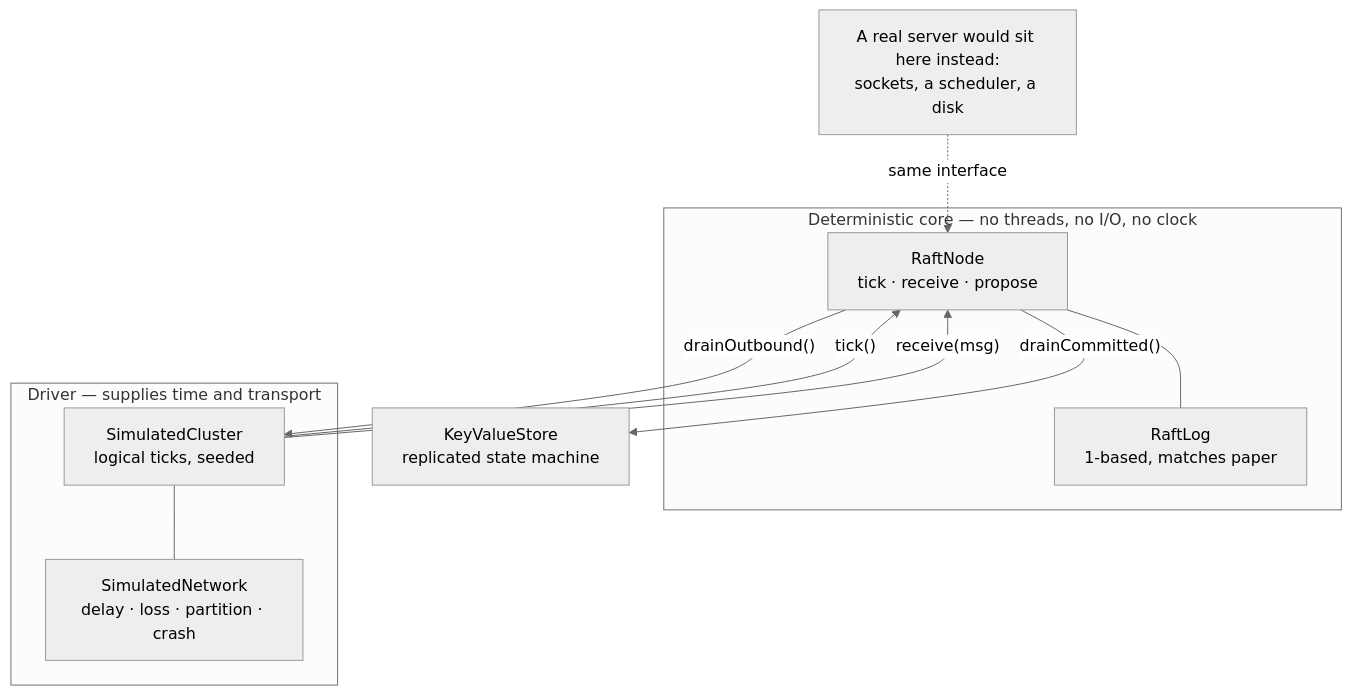
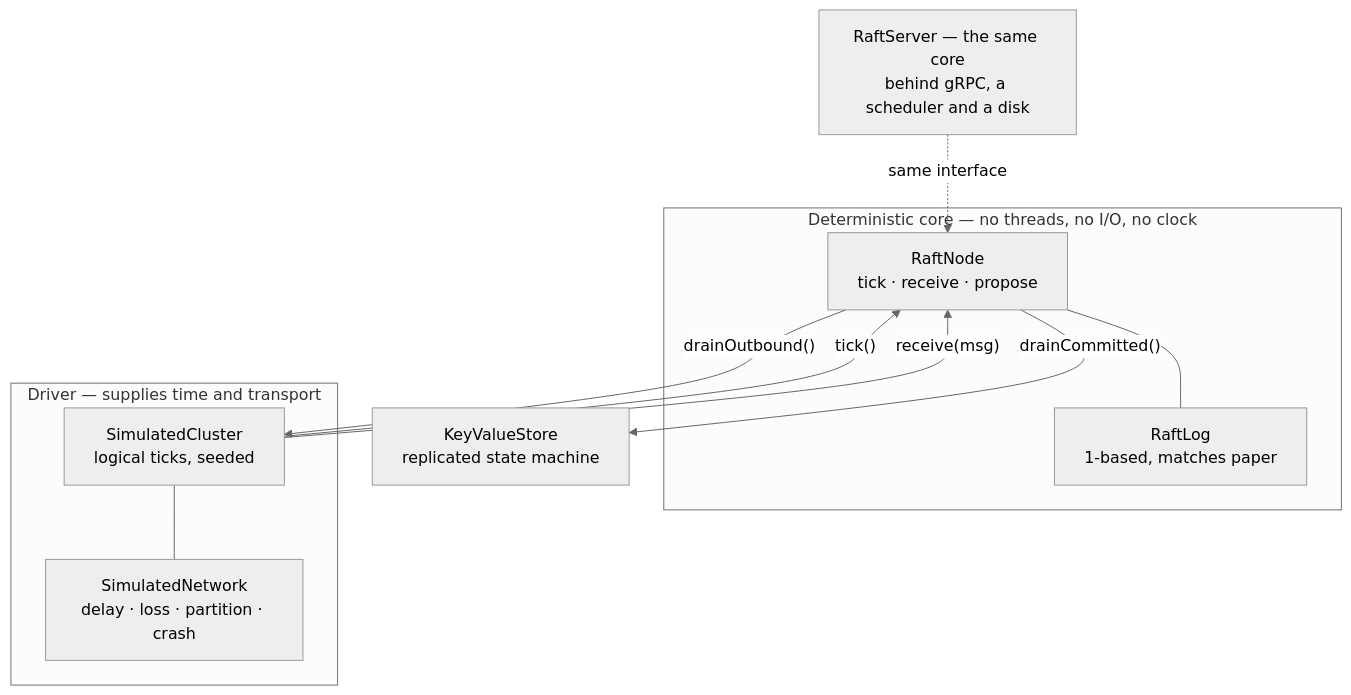
One commit to Ankitnehra6/raft-kv changed the first of 2 diagrams in README.md. Above: the diagram before and after it, drawn with Mermaid (neutral theme). The commit also changed other lines of this file and 9 other files, not shown here.

````diff
--- a/README.md
+++ b/README.md
@@ -78,21 +82,21 @@
 ```mermaid
 flowchart TD
     subgraph Pure["Deterministic core — no threads, no I/O, no clock"]
         Node["RaftNode<br/>tick · receive · propose"]
         Log["RaftLog<br/>1-based, matches paper"]
         Node --- Log
     end
 
     subgraph Driver["Driver — supplies time and transport"]
         Sim["SimulatedCluster<br/>logical ticks, seeded"]
         Net["SimulatedNetwork<br/>delay · loss · partition · crash"]
         Sim --- Net
     end
 
     Sim -->|"tick()"| Node
     Node -->|"drainOutbound()"| Sim
     Sim -->|"receive(msg)"| Node
     Node -->|"drainCommitted()"| SM["KeyValueStore<br/>replicated state machine"]
 
-    Real["A real server would sit here instead:<br/>sockets, a scheduler, a disk"] -.->|"same interface"| Node
+    Real["RaftServer — the same core<br/>behind gRPC, a scheduler and a disk"] -.->|"same interface"| Node
 ```
````
